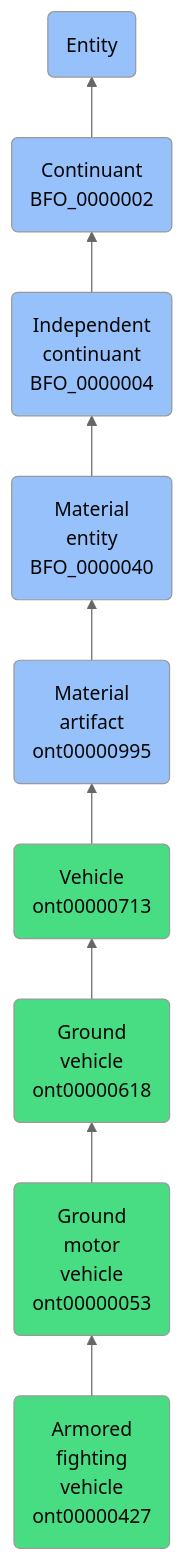
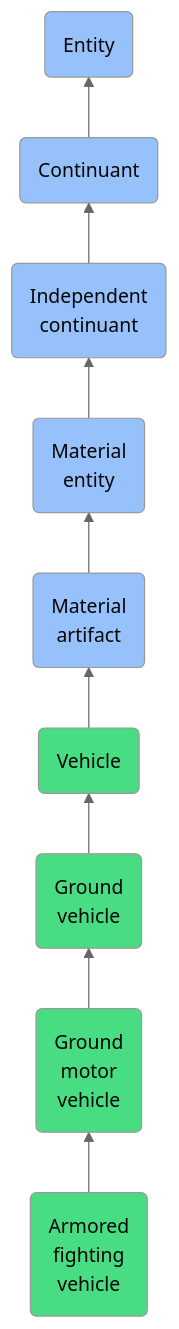
One commit to jupyter-naas/abi changed the diagram in docs/ontology/reference/model/Entity/Continuant/Independent continuant/Material entity/Material artifact/Vehicle/Ground vehicle/Ground motor vehicle/Armored fighting vehicle/Armored fighting vehicle.md. Above: the diagram before and after it, drawn with Mermaid (neutral theme). The commit also changed other lines of this file and 1430 other files, not shown here.

````diff
--- a/docs/ontology/reference/model/Entity/Continuant/Independent continuant/Material entity/Material artifact/Vehicle/Ground vehicle/Ground motor vehicle/Armored fighting vehicle/Armored fighting vehicle.md
+++ b/docs/ontology/reference/model/Entity/Continuant/Independent continuant/Material entity/Material artifact/Vehicle/Ground vehicle/Ground motor vehicle/Armored fighting vehicle/Armored fighting vehicle.md
@@ -24,16 +24,16 @@
 ```mermaid
 graph BT
-    ont00000427(Armored<br>fighting<br>vehicle<br>ont00000427):::ABI-->ont00000053
-    ont00000053(Ground<br>motor<br>vehicle<br>ont00000053):::ABI-->ont00000618
-    ont00000618(Ground<br>vehicle<br>ont00000618):::ABI-->ont00000713
-    ont00000713(Vehicle<br>ont00000713):::ABI-->ont00000995
-    ont00000995(Material<br>artifact<br>ont00000995):::BFO-->BFO_0000040
-    BFO_0000040(Material<br>entity<br>BFO_0000040):::BFO-->BFO_0000004
-    BFO_0000004(Independent<br>continuant<br>BFO_0000004):::BFO-->BFO_0000002
-    BFO_0000002(Continuant<br>BFO_0000002):::BFO-->BFO_0000001
+    ont00000427(Armored<br>fighting<br>vehicle):::ABI-->ont00000053
+    ont00000053(Ground<br>motor<br>vehicle):::ABI-->ont00000618
+    ont00000618(Ground<br>vehicle):::ABI-->ont00000713
+    ont00000713(Vehicle):::ABI-->ont00000995
+    ont00000995(Material<br>artifact):::BFO-->BFO_0000040
+    BFO_0000040(Material<br>entity):::BFO-->BFO_0000004
+    BFO_0000004(Independent<br>continuant):::BFO-->BFO_0000002
+    BFO_0000002(Continuant):::BFO-->BFO_0000001
     BFO_0000001(Entity):::BFO
     
     classDef BFO fill:#97c1fb,color:#060606
     classDef CCO fill:#e4c51e,color:#060606
     classDef ABI fill:#48DD82,color:#060606
 ```
````
